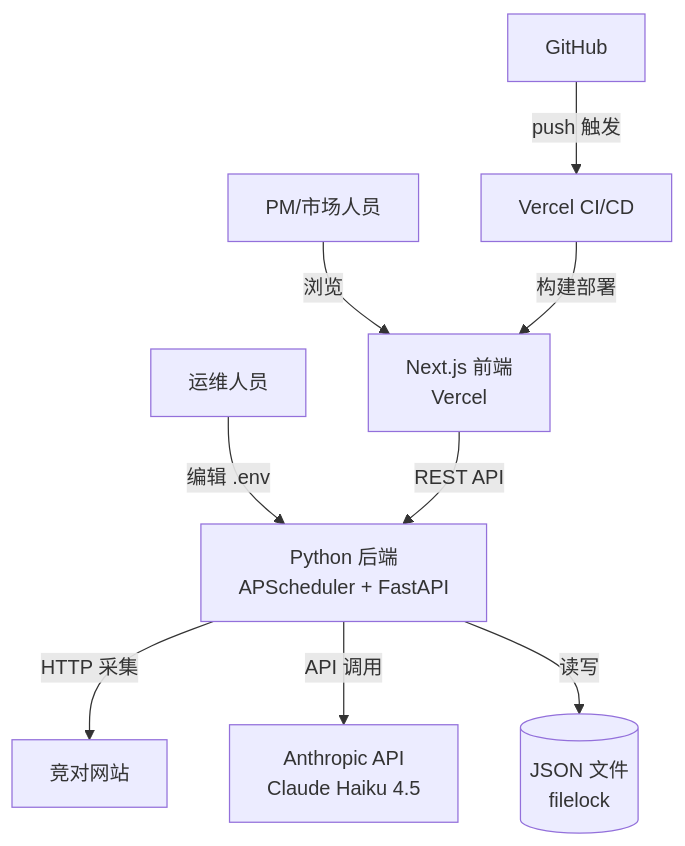
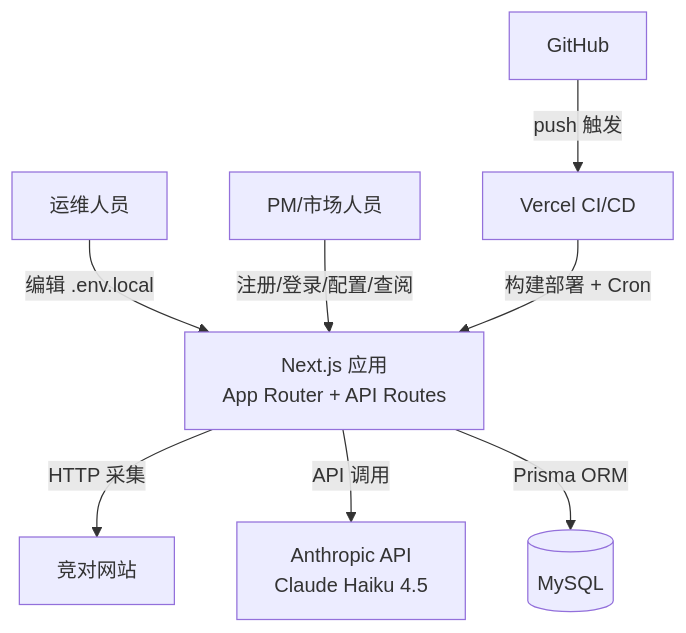
The diagram in .aisdlc/specs/001-competitor-tracking/design/design.md (myapp666/myapp), drawn with Mermaid before and after one commit. The commit also changed other lines of this file and 47 other files, not shown here.

````diff
--- a/.aisdlc/specs/001-competitor-tracking/design/design.md
+++ b/.aisdlc/specs/001-competitor-tracking/design/design.md
@@ -62,11 +65,10 @@
 ```mermaid
 graph TD
-  OPS[运维人员] -->|编辑 .env| BE[Python 后端\nAPScheduler + FastAPI]
-  BE -->|HTTP 采集| WEB[竞对网站]
-  BE -->|API 调用| AI[Anthropic API\nClaude Haiku 4.5]
-  BE -->|读写| DB[(JSON 文件\nfilelock)]
-  FE[Next.js 前端\nVercel] -->|REST API| BE
-  USER[PM/市场人员] -->|浏览| FE
-  GH[GitHub] -->|push 触发| Vercel[Vercel CI/CD]
-  Vercel -->|构建部署| FE
+  OPS[运维人员] -->|编辑 .env.local| APP[Next.js 应用<br/>App Router + API Routes]
+  USER[PM/市场人员] -->|注册/登录/配置/查阅| APP
+  APP -->|HTTP 采集| WEB[竞对网站]
+  APP -->|API 调用| AI[Anthropic API<br/>Claude Haiku 4.5]
+  APP -->|Prisma ORM| DB[(MySQL)]
+  GH[GitHub] -->|push 触发| VERCEL[Vercel CI/CD]
+  VERCEL -->|构建部署 + Cron| APP
 ```
````
